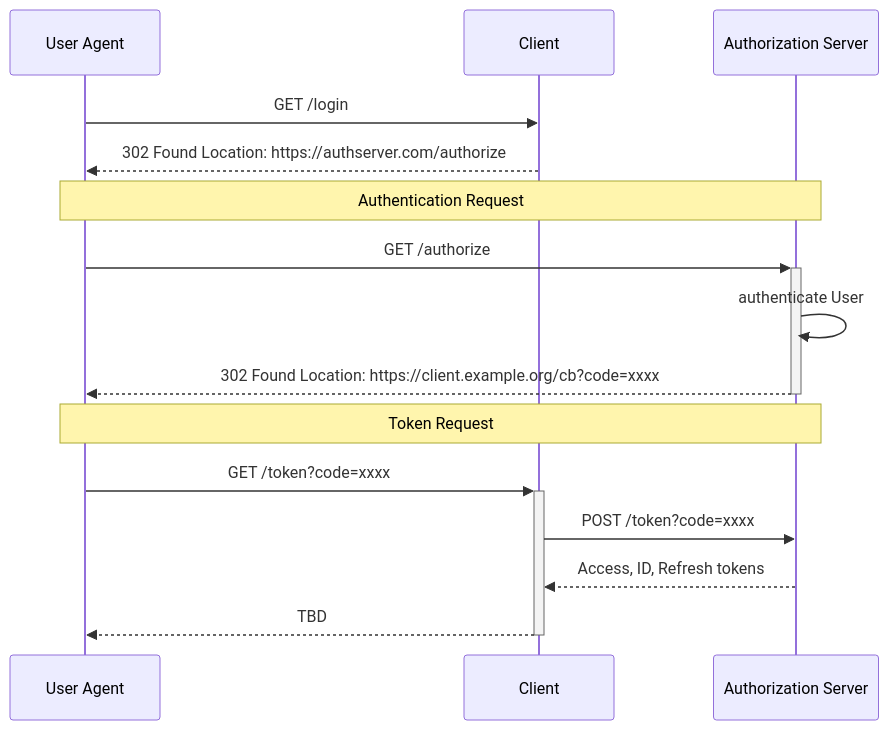
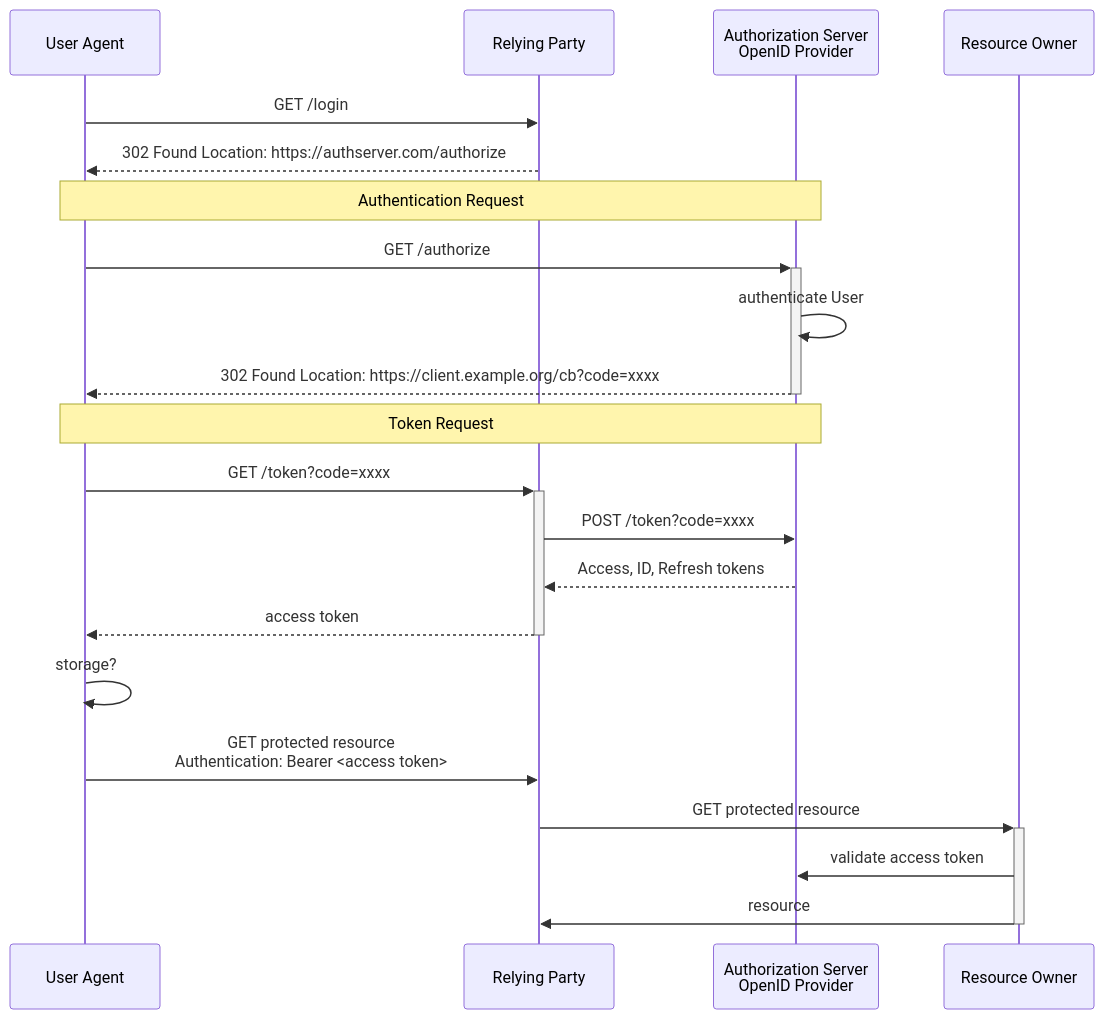
One commit to pagopa/p4pa-doc changed the diagram in design/auth/oidc-auth-code.mmd. Above: the diagram before and after it, drawn with Mermaid.

```diff
--- a/design/auth/oidc-auth-code.mmd
+++ b/design/auth/oidc-auth-code.mmd
@@ -1,15 +1,21 @@
 sequenceDiagram
     participant UA as User Agent
-    participant RP as Client
-    participant AS as Authorization Server
+    participant RP as Relying Party
+    participant AS as Authorization Server<br>OpenID Provider
+    participant RO as Resource Owner
     UA->> RP: GET /login
     RP -->> UA: 302 Found Location: https://authserver.com/authorize
     Note over UA,AS: Authentication Request
     UA ->>+ AS: GET /authorize
     AS ->> AS: authenticate User
     AS -->>- UA: 302 Found Location: https://client.example.org/cb?code=xxxx
     Note over UA,AS: Token Request
     UA ->>+ RP: GET /token?code=xxxx
     RP ->> AS: POST /token?code=xxxx
     AS -->> RP: Access, ID, Refresh tokens
-    RP -->>- UA: TBD
+    RP -->>- UA: access token
+    UA ->> UA: storage?
+    UA ->> RP: GET protected resource<br>Authentication: Bearer <access token>
+    RP ->>+ RO: GET protected resource
+    RO ->> AS: validate access token
+    RO ->>- RP: resource
```
